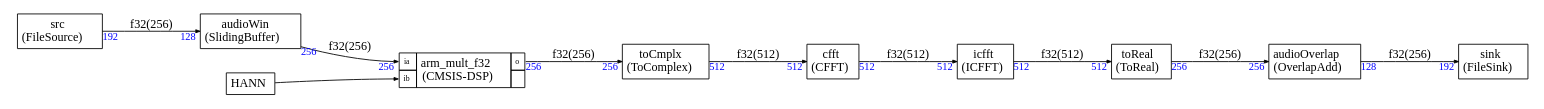
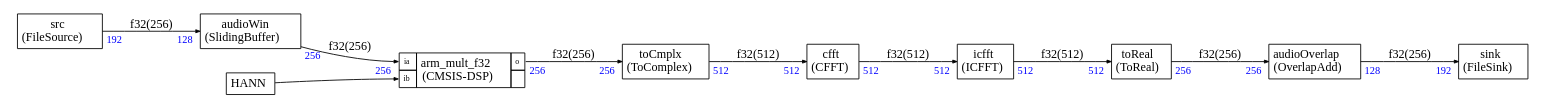
Before and after one commit to ARM-software/CMSIS-DSP: the diagram in SDFTools/examples/example3/test.dot, drawn with Graphviz. The commit also changed 14 other files, not shown here.

```diff
--- a/SDFTools/examples/example3/test.dot
+++ b/SDFTools/examples/example3/test.dot
@@ -1,110 +1,142 @@
 
 
 
 digraph structs {
     node [shape=plaintext]
     rankdir=LR
     edge [arrowsize=0.5]
     fontname="times"
 
 
 
 arm_mult_f321 [label=<
 <TABLE BORDER="0" CELLBORDER="1" CELLSPACING="0" CELLPADDING="4">
   <TR>
     <TD PORT="ia"><FONT POINT-SIZE="9.0">ia</FONT></TD>
     <TD ALIGN="CENTER" ROWSPAN="2">arm_mult_f32<BR/>(CMSIS-DSP)</TD>
     <TD PORT="o"><FONT POINT-SIZE="9.0">o</FONT></TD>
   </TR>
-  <TR>
+<TR>
 <TD PORT="ib"><FONT POINT-SIZE="9.0">ib</FONT></TD>
-<TD></TD>
-</TR>
+
+ 
+<TD></TD></TR>
 
 </TABLE>>];
-
 
 audioOverlap [label=<
 <TABLE BORDER="0" CELLBORDER="1" CELLSPACING="0" CELLPADDING="4">
   <TR>
     <TD ALIGN="CENTER" PORT="i">audioOverlap<BR/>(OverlapAdd)</TD>
   </TR>
 </TABLE>>];
 
 audioWin [label=<
 <TABLE BORDER="0" CELLBORDER="1" CELLSPACING="0" CELLPADDING="4">
   <TR>
     <TD ALIGN="CENTER" PORT="i">audioWin<BR/>(SlidingBuffer)</TD>
   </TR>
 </TABLE>>];
 
 cfft [label=<
 <TABLE BORDER="0" CELLBORDER="1" CELLSPACING="0" CELLPADDING="4">
   <TR>
     <TD ALIGN="CENTER" PORT="i">cfft<BR/>(CFFT)</TD>
   </TR>
 </TABLE>>];
 
 icfft [label=<
 <TABLE BORDER="0" CELLBORDER="1" CELLSPACING="0" CELLPADDING="4">
   <TR>
     <TD ALIGN="CENTER" PORT="i">icfft<BR/>(ICFFT)</TD>
   </TR>
 </TABLE>>];
 
 sink [label=<
 <TABLE BORDER="0" CELLBORDER="1" CELLSPACING="0" CELLPADDING="4">
   <TR>
     <TD ALIGN="CENTER" PORT="i">sink<BR/>(FileSink)</TD>
   </TR>
 </TABLE>>];
 
 src [label=<
 <TABLE BORDER="0" CELLBORDER="1" CELLSPACING="0" CELLPADDING="4">
   <TR>
     <TD ALIGN="CENTER" PORT="i">src<BR/>(FileSource)</TD>
   </TR>
 </TABLE>>];
 
 toCmplx [label=<
 <TABLE BORDER="0" CELLBORDER="1" CELLSPACING="0" CELLPADDING="4">
   <TR>
     <TD ALIGN="CENTER" PORT="i">toCmplx<BR/>(ToComplex)</TD>
   </TR>
 </TABLE>>];
 
 toReal [label=<
 <TABLE BORDER="0" CELLBORDER="1" CELLSPACING="0" CELLPADDING="4">
   <TR>
     <TD ALIGN="CENTER" PORT="i">toReal<BR/>(ToReal)</TD>
   </TR>
 </TABLE>>];
 
 
 
-src:i -> audioWin:i [headlabel=<<FONT COLOR="blue" POINT-SIZE="12.0" >128</FONT>>,taillabel=<<FONT COLOR="blue" POINT-SIZE="12.0" >192</FONT>>,label="f32(256)"]
+src:i -> audioWin:i [headlabel=<
+<TABLE BORDER="0" CELLPADDING="2"><TR><TD><FONT COLOR="blue" POINT-SIZE="12.0" >128</FONT>
+</TD></TR></TABLE>>,taillabel=<
+<TABLE BORDER="0" CELLPADDING="2"><TR><TD><FONT COLOR="blue" POINT-SIZE="12.0" >192</FONT>
+</TD></TR></TABLE>>,label="f32(256)"]
 
-audioWin:i -> arm_mult_f321:ia [headlabel=<<FONT COLOR="blue" POINT-SIZE="12.0" >256</FONT>>,taillabel=<<FONT COLOR="blue" POINT-SIZE="12.0" >256</FONT>>,label="f32(256)"]
+audioWin:i -> arm_mult_f321:ia [headlabel=<
+<TABLE BORDER="0" CELLPADDING="2"><TR><TD><FONT COLOR="blue" POINT-SIZE="12.0" >256</FONT>
+</TD></TR></TABLE>>,taillabel=<
+<TABLE BORDER="0" CELLPADDING="2"><TR><TD><FONT COLOR="blue" POINT-SIZE="12.0" >256</FONT>
+</TD></TR></TABLE>>,label="f32(256)"]
 
-arm_mult_f321:o -> toCmplx:i [headlabel=<<FONT COLOR="blue" POINT-SIZE="12.0" >256</FONT>>,taillabel=<<FONT COLOR="blue" POINT-SIZE="12.0" >256</FONT>>,label="f32(256)"]
+arm_mult_f321:o -> toCmplx:i [headlabel=<
+<TABLE BORDER="0" CELLPADDING="2"><TR><TD><FONT COLOR="blue" POINT-SIZE="12.0" >256</FONT>
+</TD></TR></TABLE>>,taillabel=<
+<TABLE BORDER="0" CELLPADDING="2"><TR><TD><FONT COLOR="blue" POINT-SIZE="12.0" >256</FONT>
+</TD></TR></TABLE>>,label="f32(256)"]
 
-toCmplx:i -> cfft:i [headlabel=<<FONT COLOR="blue" POINT-SIZE="12.0" >512</FONT>>,taillabel=<<FONT COLOR="blue" POINT-SIZE="12.0" >512</FONT>>,label="f32(512)"]
+toCmplx:i -> cfft:i [headlabel=<
+<TABLE BORDER="0" CELLPADDING="2"><TR><TD><FONT COLOR="blue" POINT-SIZE="12.0" >512</FONT>
+</TD></TR></TABLE>>,taillabel=<
+<TABLE BORDER="0" CELLPADDING="2"><TR><TD><FONT COLOR="blue" POINT-SIZE="12.0" >512</FONT>
+</TD></TR></TABLE>>,label="f32(512)"]
 
-cfft:i -> icfft:i [headlabel=<<FONT COLOR="blue" POINT-SIZE="12.0" >512</FONT>>,taillabel=<<FONT COLOR="blue" POINT-SIZE="12.0" >512</FONT>>,label="f32(512)"]
+cfft:i -> icfft:i [headlabel=<
+<TABLE BORDER="0" CELLPADDING="2"><TR><TD><FONT COLOR="blue" POINT-SIZE="12.0" >512</FONT>
+</TD></TR></TABLE>>,taillabel=<
+<TABLE BORDER="0" CELLPADDING="2"><TR><TD><FONT COLOR="blue" POINT-SIZE="12.0" >512</FONT>
+</TD></TR></TABLE>>,label="f32(512)"]
 
-icfft:i -> toReal:i [headlabel=<<FONT COLOR="blue" POINT-SIZE="12.0" >512</FONT>>,taillabel=<<FONT COLOR="blue" POINT-SIZE="12.0" >512</FONT>>,label="f32(512)"]
+icfft:i -> toReal:i [headlabel=<
+<TABLE BORDER="0" CELLPADDING="2"><TR><TD><FONT COLOR="blue" POINT-SIZE="12.0" >512</FONT>
+</TD></TR></TABLE>>,taillabel=<
+<TABLE BORDER="0" CELLPADDING="2"><TR><TD><FONT COLOR="blue" POINT-SIZE="12.0" >512</FONT>
+</TD></TR></TABLE>>,label="f32(512)"]
 
-toReal:i -> audioOverlap:i [headlabel=<<FONT COLOR="blue" POINT-SIZE="12.0" >256</FONT>>,taillabel=<<FONT COLOR="blue" POINT-SIZE="12.0" >256</FONT>>,label="f32(256)"]
+toReal:i -> audioOverlap:i [headlabel=<
+<TABLE BORDER="0" CELLPADDING="2"><TR><TD><FONT COLOR="blue" POINT-SIZE="12.0" >256</FONT>
+</TD></TR></TABLE>>,taillabel=<
+<TABLE BORDER="0" CELLPADDING="2"><TR><TD><FONT COLOR="blue" POINT-SIZE="12.0" >256</FONT>
+</TD></TR></TABLE>>,label="f32(256)"]
 
-audioOverlap:i -> sink:i [headlabel=<<FONT COLOR="blue" POINT-SIZE="12.0" >192</FONT>>,taillabel=<<FONT COLOR="blue" POINT-SIZE="12.0" >128</FONT>>,label="f32(256)"]
+audioOverlap:i -> sink:i [headlabel=<
+<TABLE BORDER="0" CELLPADDING="2"><TR><TD><FONT COLOR="blue" POINT-SIZE="12.0" >192</FONT>
+</TD></TR></TABLE>>,taillabel=<
+<TABLE BORDER="0" CELLPADDING="2"><TR><TD><FONT COLOR="blue" POINT-SIZE="12.0" >128</FONT>
+</TD></TR></TABLE>>,label="f32(256)"]
 
 HANN [label=<
 <TABLE BORDER="0" CELLBORDER="1" CELLSPACING="0" CELLPADDING="4">
   <TR>
     <TD ALIGN="CENTER" PORT="i">HANN</TD>
   </TR>
 </TABLE>>];
 
 HANN:i -> arm_mult_f321:ib
 
 }
```
